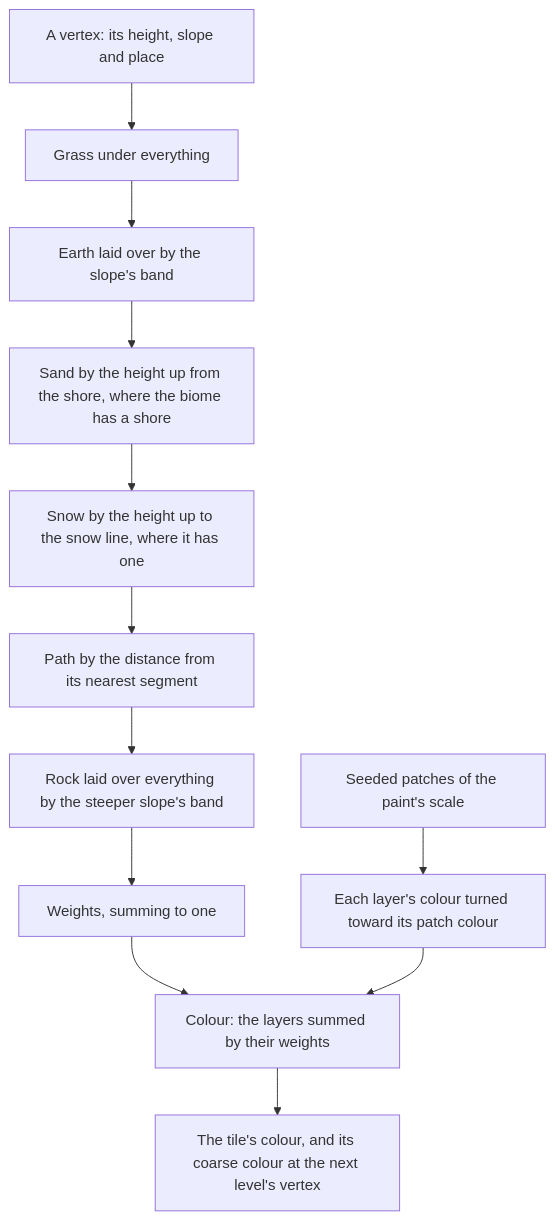
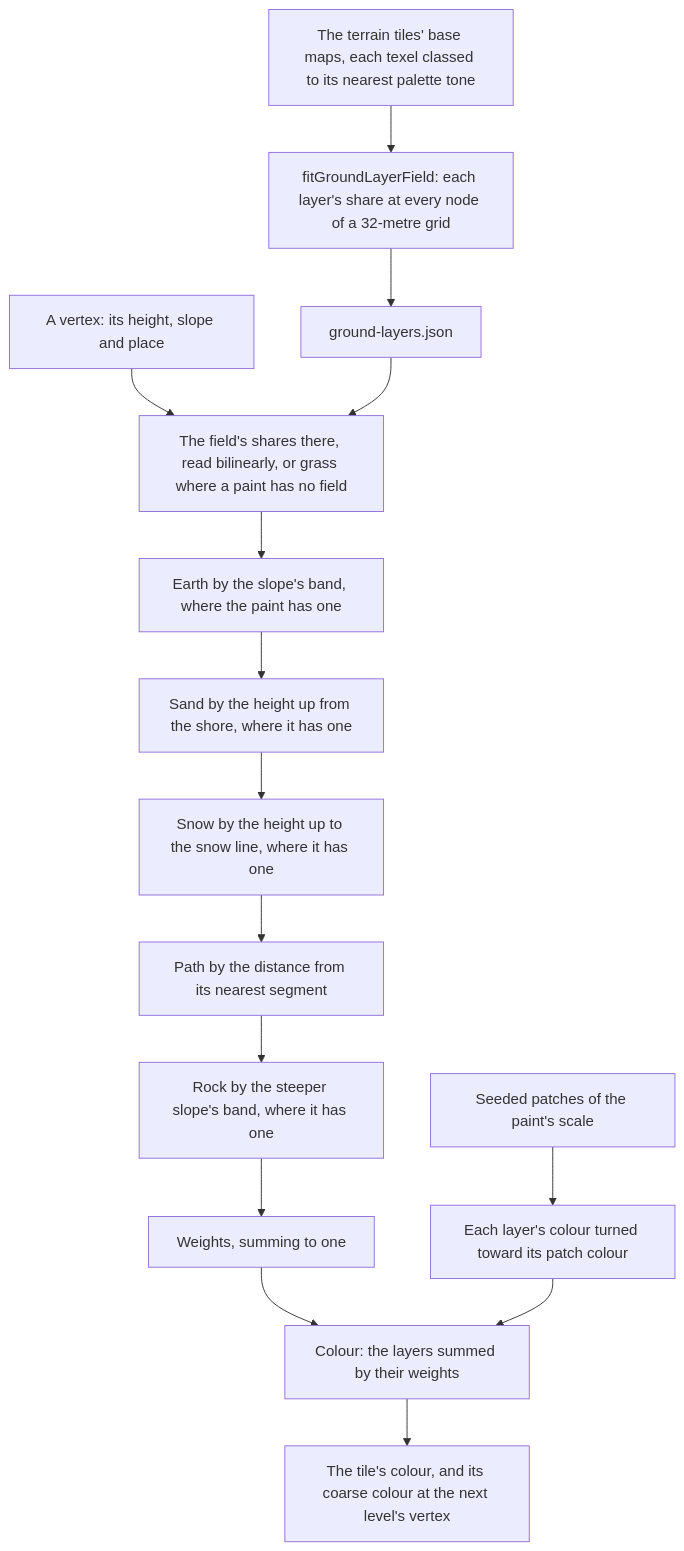
Before and after one commit to Esposter/Esposter: the diagram in apps/web/content/docs/genshin/ground-paint.md, drawn with Mermaid. The commit also changed other lines of this file and 27 other files, not shown here.

````diff
--- a/apps/web/content/docs/genshin/ground-paint.md
+++ b/apps/web/content/docs/genshin/ground-paint.md
@@ -12,14 +12,17 @@
 ```mermaid
 flowchart TD
-  V["A vertex: its height, slope and place"] --> G["Grass under everything"]
-  G --> E["Earth laid over by the slope's band"]
-  E --> S["Sand by the height up from the shore, where the biome has a shore"]
+  BM["The terrain tiles' base maps, each texel classed to its nearest palette tone"] --> FIT["fitGroundLayerField: each layer's share at every node of a 32-metre grid"]
+  FIT --> F["ground-layers.json"]
+  V["A vertex: its height, slope and place"] --> L["The field's shares there, read bilinearly, or grass where a paint has no field"]
+  F --> L
+  L --> E["Earth by the slope's band, where the paint has one"]
+  E --> S["Sand by the height up from the shore, where it has one"]
   S --> N["Snow by the height up to the snow line, where it has one"]
   N --> P["Path by the distance from its nearest segment"]
-  P --> R["Rock laid over everything by the steeper slope's band"]
+  P --> R["Rock by the steeper slope's band, where it has one"]
   R --> W["Weights, summing to one"]
   NOISE["Seeded patches of the paint's scale"] --> C["Each layer's colour turned toward its patch colour"]
   W --> SUM["Colour: the layers summed by their weights"]
   C --> SUM
   SUM --> TILE["The tile's colour, and its coarse colour at the next level's vertex"]
 ```
````
